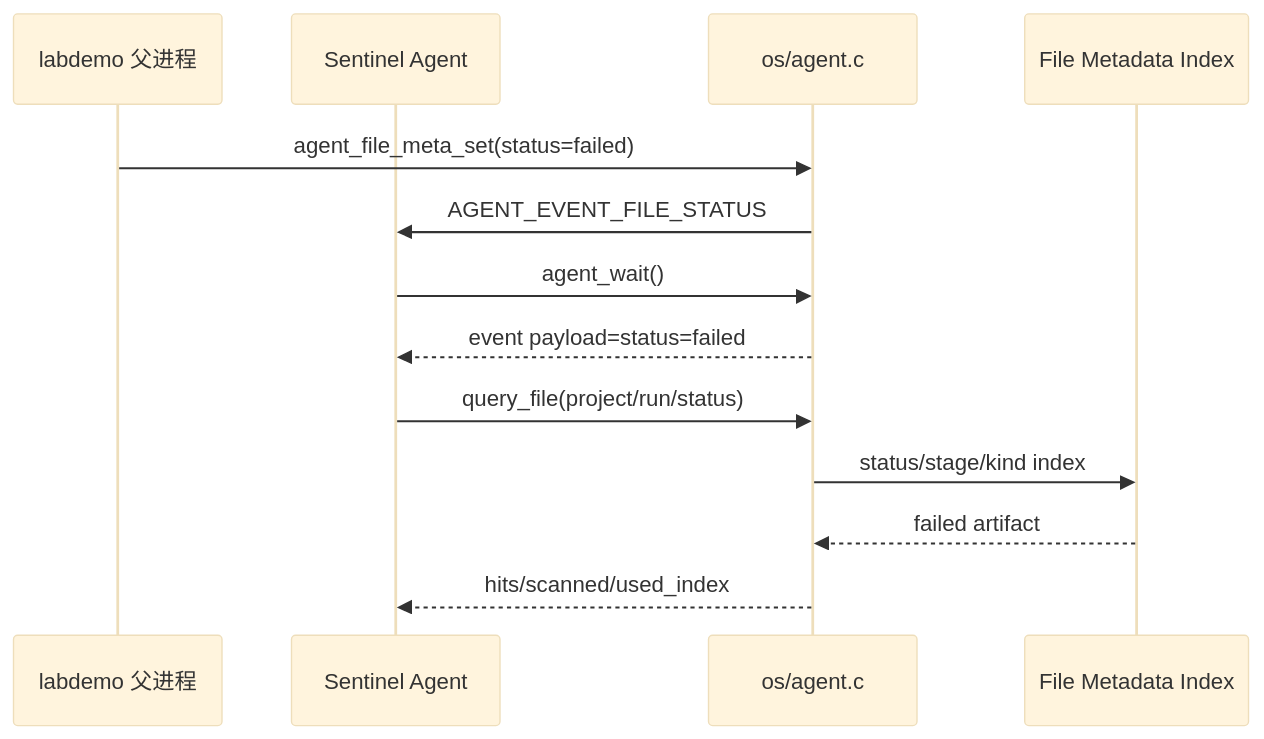
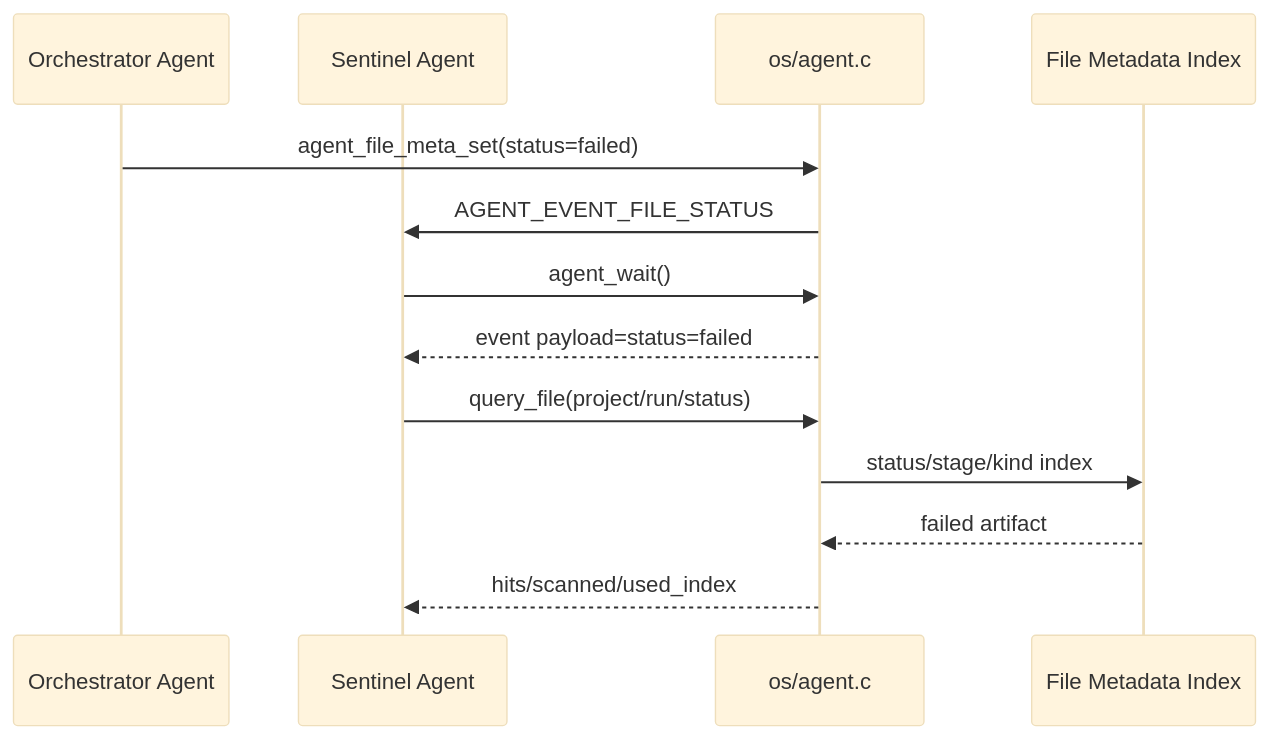
One commit to yushugulao/Agent-OS changed the sixth of 7 diagrams in docs/design.md. Above: the diagram before and after it, drawn with Mermaid (base theme). The commit also changed other lines of this file and 29 other files, not shown here.

````diff
--- a/docs/design.md
+++ b/docs/design.md
@@ -197,15 +200,15 @@
 ```mermaid
 sequenceDiagram
-    participant P as labdemo 父进程
+    participant P as Orchestrator Agent
     participant S as Sentinel Agent
     participant A as os/agent.c
     participant F as File Metadata Index
     P->>A: agent_file_meta_set(status=failed)
     A->>S: AGENT_EVENT_FILE_STATUS
     S->>A: agent_wait()
     A-->>S: event payload=status=failed
     S->>A: query_file(project/run/status)
     A->>F: status/stage/kind index
     F-->>A: failed artifact
     A-->>S: hits/scanned/used_index
 ```
````
